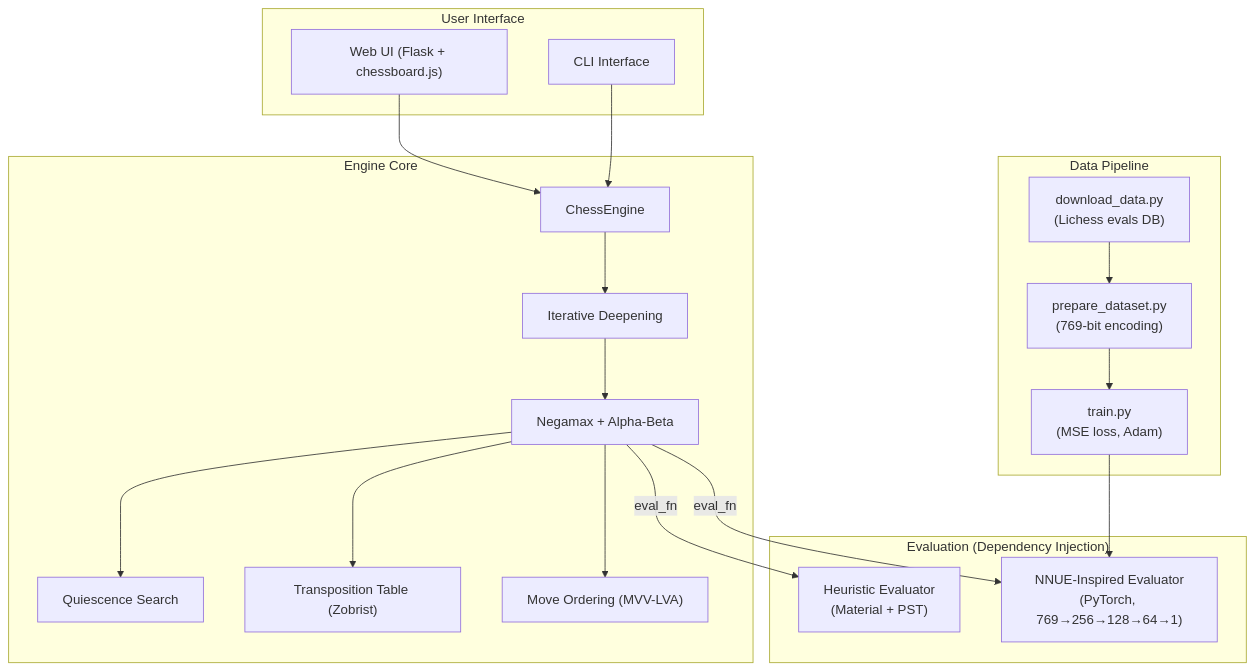
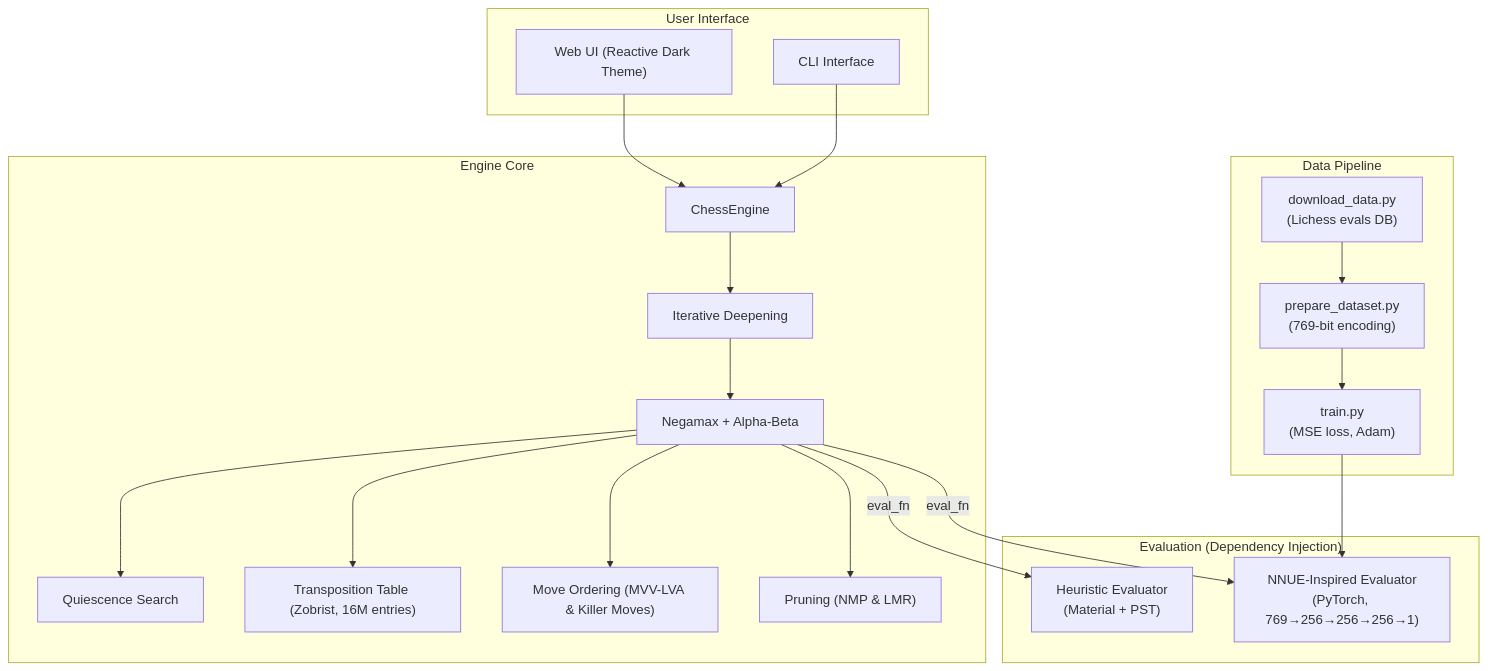
One commit to Wrinkled753/Search-Depth-Chess-Engine changed the diagram in README.md. Above: the diagram before and after it, drawn with Mermaid. The commit also changed other lines of this file, not shown here.

````diff
--- a/README.md
+++ b/README.md
@@ -26,38 +26,40 @@
 ```mermaid
 graph TD
     subgraph "User Interface"
-        WEB["Web UI (Flask + chessboard.js)"]
+        WEB["Web UI (Reactive Dark Theme)"]
         CLI["CLI Interface"]
     end
 
     subgraph "Engine Core"
         ENG["ChessEngine"]
         ID["Iterative Deepening"]
         NEG["Negamax + Alpha-Beta"]
         QS["Quiescence Search"]
-        TT["Transposition Table (Zobrist)"]
-        MO["Move Ordering (MVV-LVA)"]
+        TT["Transposition Table (Zobrist, 16M entries)"]
+        MO["Move Ordering (MVV-LVA & Killer Moves)"]
+        PR["Pruning (NMP & LMR)"]
     end
 
     subgraph "Evaluation (Dependency Injection)"
         HE["Heuristic Evaluator\n(Material + PST)"]
-        NN["NNUE-Inspired Evaluator\n(PyTorch, 769→256→128→64→1)"]
+        NN["NNUE-Inspired Evaluator\n(PyTorch, 769→256→256→256→1)"]
     end
 
     subgraph "Data Pipeline"
         DL["download_data.py\n(Lichess evals DB)"]
         PP["prepare_dataset.py\n(769-bit encoding)"]
         TR["train.py\n(MSE loss, Adam)"]
     end
 
     WEB --> ENG
     CLI --> ENG
     ENG --> ID
     ID --> NEG
     NEG --> QS
     NEG --> TT
     NEG --> MO
+    NEG --> PR
     NEG -->|eval_fn| HE
     NEG -->|eval_fn| NN
     DL --> PP --> TR --> NN
 ```
````
